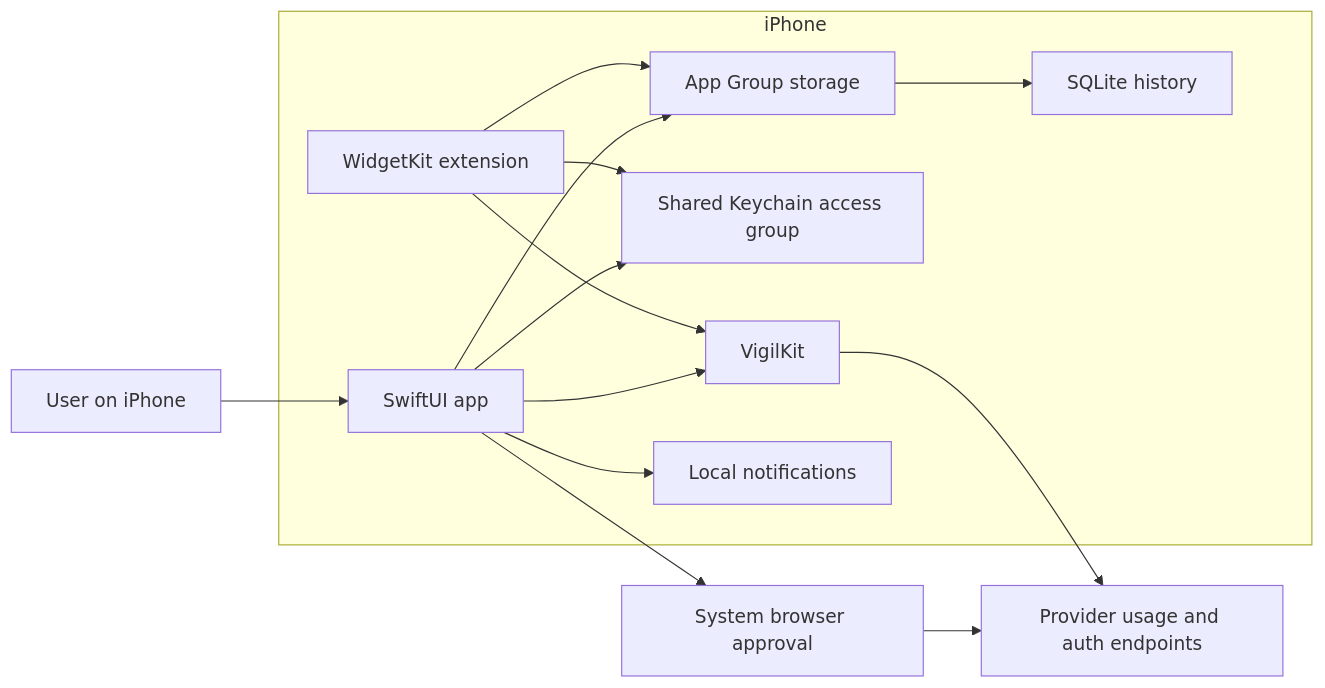
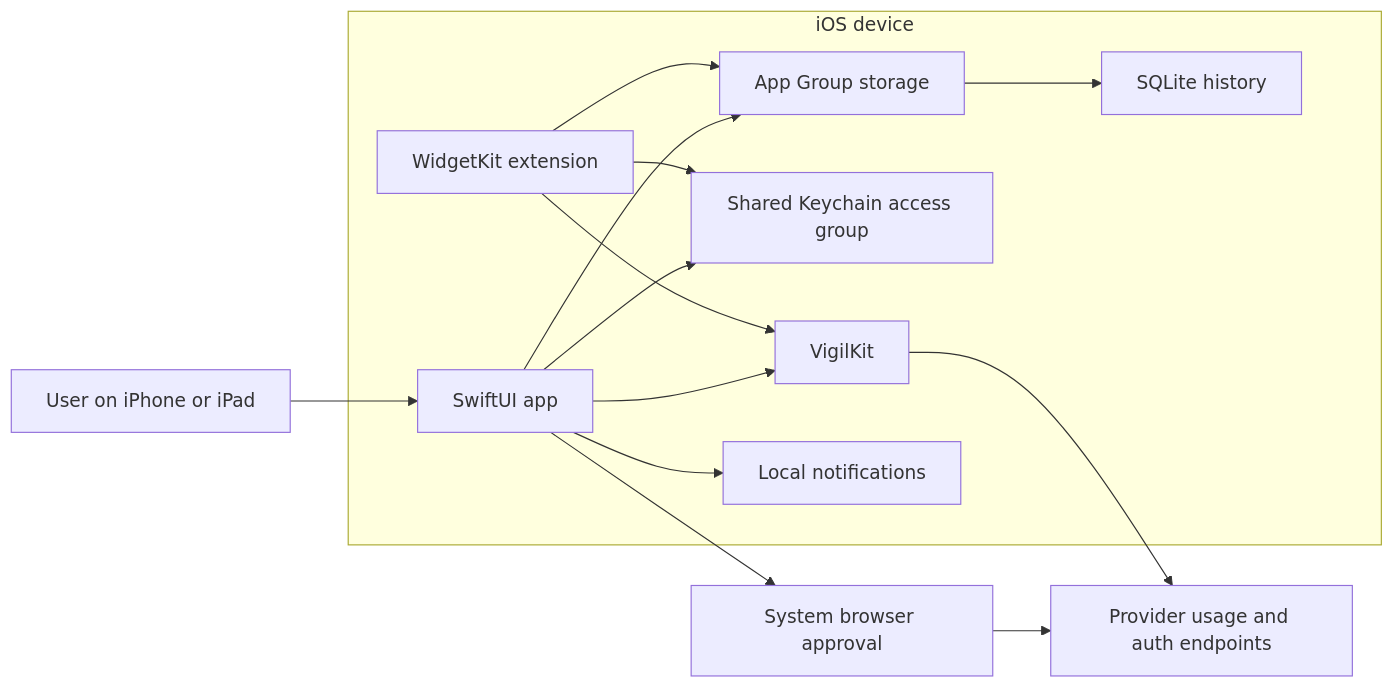
Before and after one commit to ogprotege/vigil: the first of 2 diagrams in docs/development/architecture.md, drawn with Mermaid. The commit also changed other lines of this file and 82 other files, not shown here.

````diff
--- a/docs/development/architecture.md
+++ b/docs/development/architecture.md
@@ -15,29 +15,29 @@
 ```mermaid
 flowchart LR
-    User[User on iPhone]
+    User[User on iPhone or iPad]
     Browser[System browser approval]
     Providers[Provider usage and auth endpoints]
 
-    subgraph Phone[iPhone]
+    subgraph Device[iOS device]
         App[SwiftUI app]
         Widget[WidgetKit extension]
         Core[VigilKit]
         Keychain[Shared Keychain access group]
         Group[App Group storage]
         History[SQLite history]
         Notifications[Local notifications]
     end
 
     User --> App
     App --> Browser
     Browser --> Providers
     App --> Core
     Widget --> Core
     Core --> Providers
     App --> Keychain
     Widget --> Keychain
     App --> Group
     Widget --> Group
     Group --> History
     App --> Notifications
 ```
````
